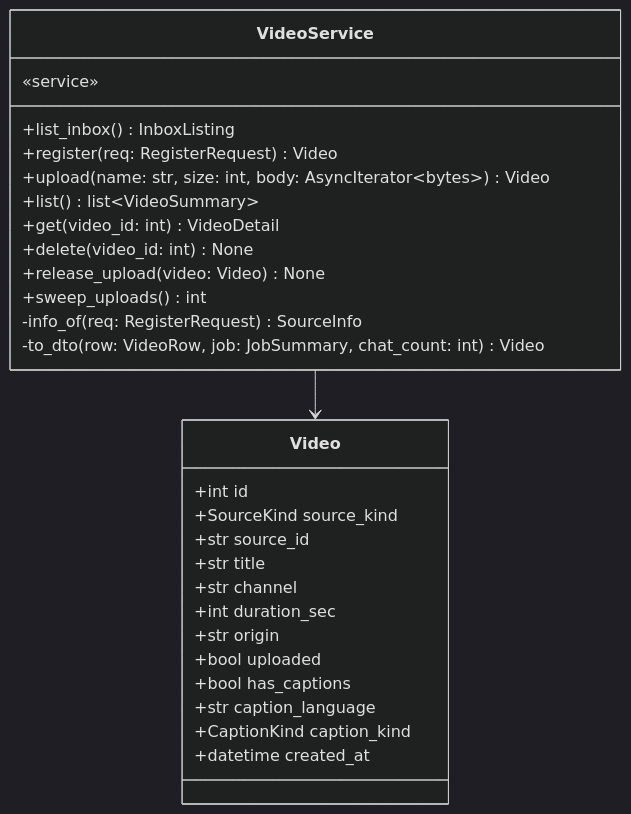
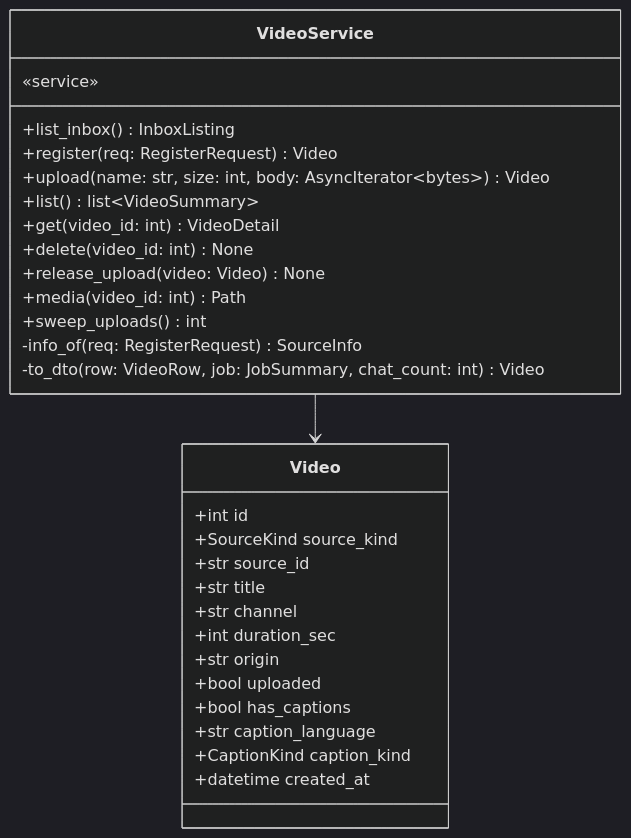
One commit to HoyoungParkme/video-agent changed diagram 16 of 20 in docs/specs/06-DOM/VA-DOM-002.md. Above: the diagram before and after it, drawn with Mermaid (dark theme). The commit also changed other lines of this file, not shown here.

Commit message:
영상 같이 보기 — VideoService.media(원본 재생 경로), 영상 라우터 /api/videos/{id}/media, screens/result/Player, 오류 22종

````diff
--- a/docs/specs/06-DOM/VA-DOM-002.md
+++ b/docs/specs/06-DOM/VA-DOM-002.md
@@ -728,31 +729,32 @@
 ```mermaid
 classDiagram
     class VideoService {
         «service»
         +list_inbox() InboxListing
         +register(req: RegisterRequest) Video
         +upload(name: str, size: int, body: AsyncIterator~bytes~) Video
         +list() list~VideoSummary~
         +get(video_id: int) VideoDetail
         +delete(video_id: int) None
         +release_upload(video: Video) None
+        +media(video_id: int) Path
         +sweep_uploads() int
         -info_of(req: RegisterRequest) SourceInfo
         -to_dto(row: VideoRow, job: JobSummary, chat_count: int) Video
     }
     class Video {
         +int id
         +SourceKind source_kind
         +str source_id
         +str title
         +str channel
         +int duration_sec
         +str origin
         +bool uploaded
         +bool has_captions
         +str caption_language
         +CaptionKind caption_kind
         +datetime created_at
     }
     VideoService --> Video
 ```
````
